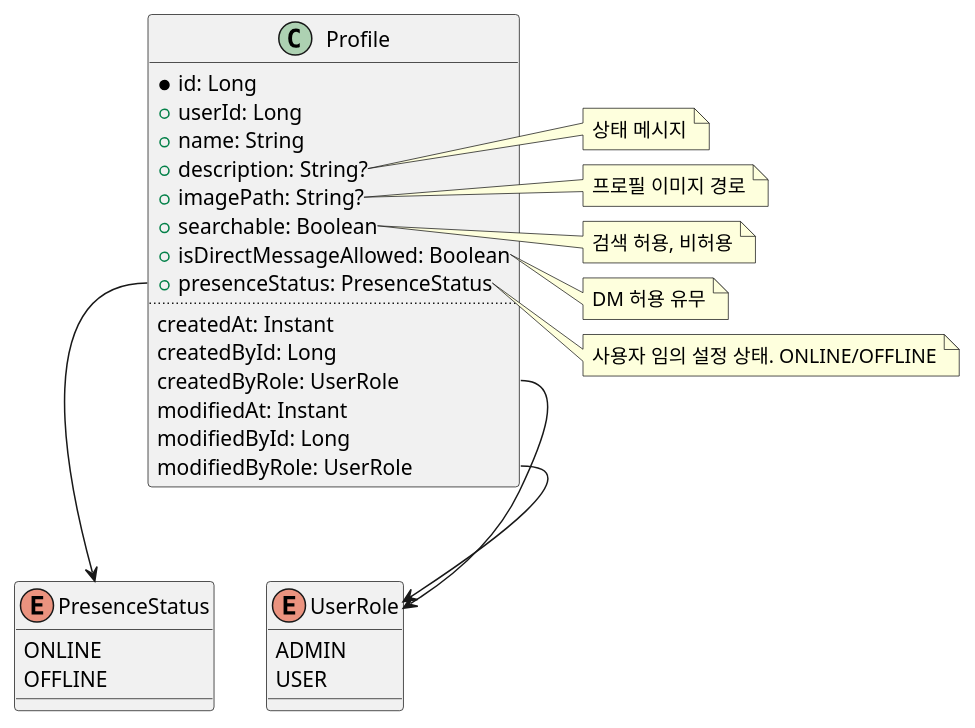
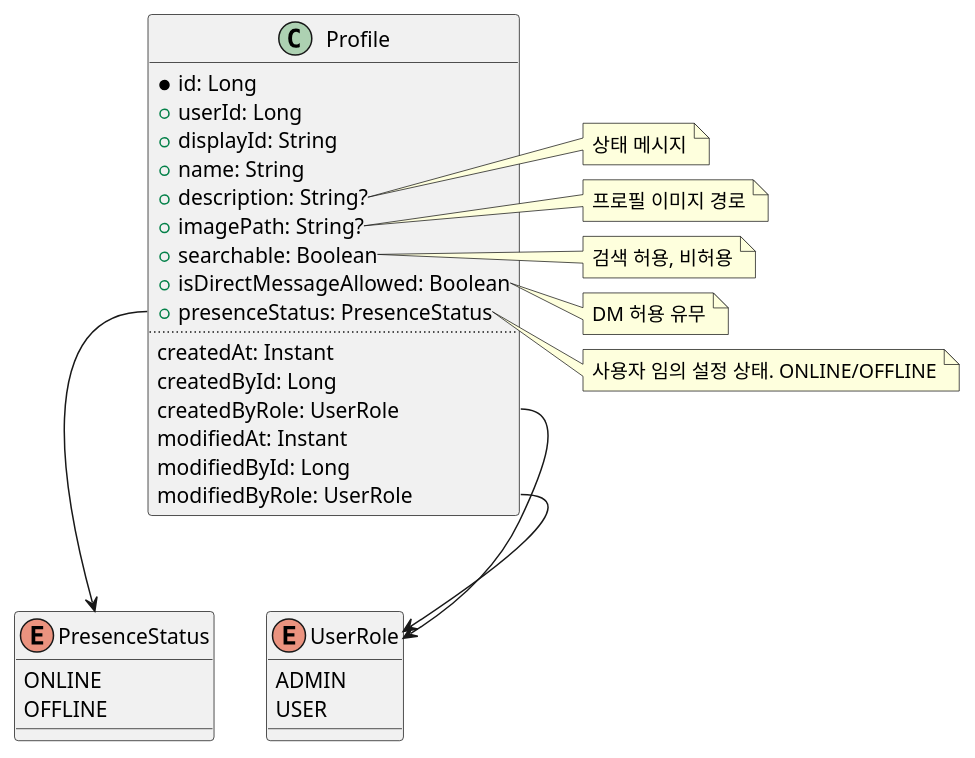
Before and after one commit to sweav-org/sweav-uml: the diagram in class/social/profile.puml, drawn with PlantUML.

Commit message:
프로필에 displayId 추가

```diff
--- a/class/social/profile.puml
+++ b/class/social/profile.puml
@@ -1,60 +1,61 @@
 @startuml
 'https://plantuml.com/class-diagram
 
 class Profile {
   *id: Long
   +userId: Long
+  +displayId: String
   +name: String
   +description: String?
   +imagePath: String?
   +searchable: Boolean
   +isDirectMessageAllowed: Boolean
   +presenceStatus: PresenceStatus
   ..
   createdAt: Instant
   createdById: Long
   createdByRole: UserRole
   modifiedAt: Instant
   modifiedById: Long
   modifiedByRole: UserRole
 }
 
 enum PresenceStatus {
   ONLINE
   OFFLINE
 }
 
 enum UserRole {
   ADMIN
   USER
 }
 
 Profile::presenceStatus --> PresenceStatus
 Profile::createdByRole --> UserRole
 Profile::modifiedByRole --> UserRole
 
 note right of Profile::description
   상태 메시지
 end note
 
 note right of Profile::imagePath
   프로필 이미지 경로
 end note
 
 note right of Profile::searchable
   검색 허용, 비허용
 end note
 
 note right of Profile::isDirectMessageAllowed
   DM 허용 유무
 end note
 
 note right of Profile::presenceStatus
   사용자 임의 설정 상태. ONLINE/OFFLINE
 end note
 
 note right of Profile::searchable
   검색 허용, 비허용
 end note
 
 @enduml
```
